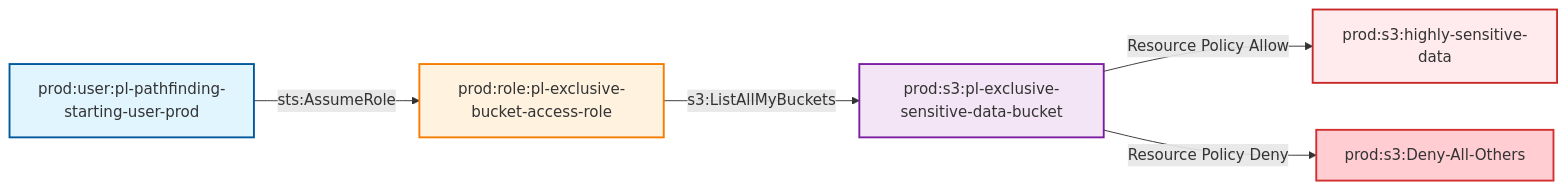
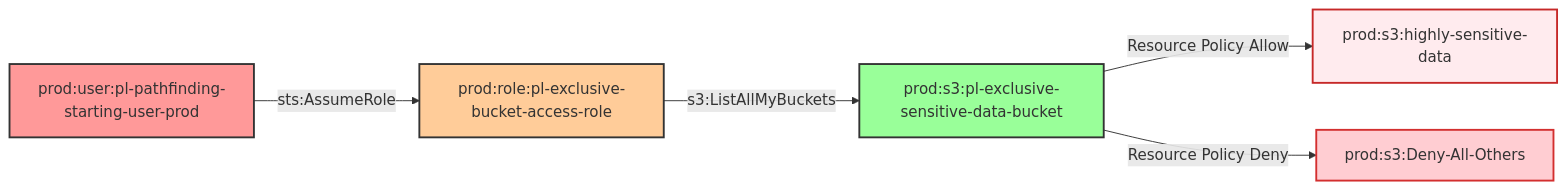
Before and after one commit to DataDog/pathfinding-labs: the diagram in modules/scenarios/tool-testing/exclusive-resource-policy/README.md, drawn with Mermaid. The commit also changed other lines of this file and 109 other files, not shown here.

````diff
--- a/modules/scenarios/tool-testing/exclusive-resource-policy/README.md
+++ b/modules/scenarios/tool-testing/exclusive-resource-policy/README.md
@@ -18,28 +40,28 @@
 ```mermaid
 graph LR
     %% Nodes
     User[prod:user:pl-pathfinding-starting-user-prod]
     Role[prod:role:pl-exclusive-bucket-access-role]
     Bucket[prod:s3:pl-exclusive-sensitive-data-bucket]
     Data[prod:s3:highly-sensitive-data]
     Deny[prod:s3:Deny-All-Others]
-    
+
     %% Edges
     User -->|sts:AssumeRole| Role
     Role -->|s3:ListAllMyBuckets| Bucket
     Bucket -->|Resource Policy Allow| Data
     Bucket -->|Resource Policy Deny| Deny
-    
+
     %% Styling
-    classDef userNode fill:#e1f5fe,stroke:#01579b,stroke-width:2px
-    classDef roleNode fill:#fff3e0,stroke:#f57c00,stroke-width:2px
-    classDef bucketNode fill:#f3e5f5,stroke:#7b1fa2,stroke-width:2px
+    classDef userNode fill:#ff9999,stroke:#333,stroke-width:2px
+    classDef roleNode fill:#ffcc99,stroke:#333,stroke-width:2px
+    classDef bucketNode fill:#99ff99,stroke:#333,stroke-width:2px
     classDef dataNode fill:#ffebee,stroke:#c62828,stroke-width:2px
     classDef denyNode fill:#ffcdd2,stroke:#d32f2f,stroke-width:2px
-    
+
     class User userNode
     class Role roleNode
     class Bucket bucketNode
     class Data dataNode
     class Deny denyNode
 ```
````
